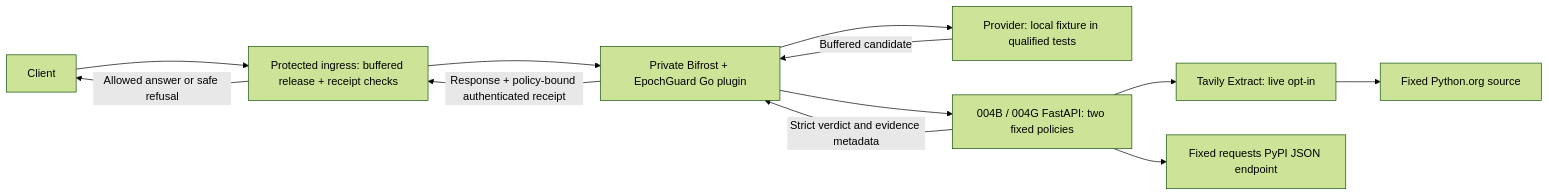
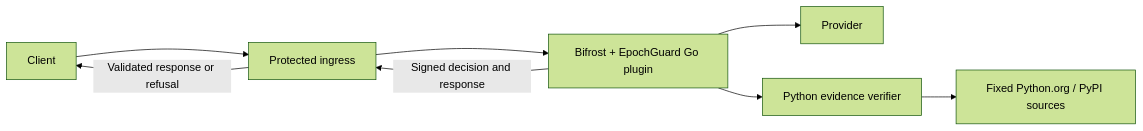
One commit to aditya6927/epochguard changed the diagram in README.md. Above: the diagram before and after it, drawn with Mermaid (forest theme). The commit also changed other lines of this file and 29 other files, not shown here.

````diff
--- a/README.md
+++ b/README.md
@@ -21,14 +7,10 @@
 ```mermaid
 flowchart LR
-    Client --> Ingress["Protected ingress: buffered release + receipt checks"]
-    Ingress --> Gateway["Private Bifrost + EpochGuard Go plugin"]
-    Gateway --> Provider["Provider: local fixture in qualified tests"]
-    Provider -->|Buffered candidate| Gateway
-    Gateway --> Verifier["004B / 004G FastAPI: two fixed policies"]
-    Verifier --> Tavily["Tavily Extract: live opt-in"]
-    Tavily --> Source["Fixed Python.org source"]
-    Verifier --> PyPI["Fixed requests PyPI JSON endpoint"]
-    Verifier -->|Strict verdict and evidence metadata| Gateway
-    Gateway -->|Response + policy-bound authenticated receipt| Ingress
-    Ingress -->|Allowed answer or safe refusal| Client
+    C[Client] --> I[Protected ingress]
+    I --> B[Bifrost + EpochGuard Go plugin]
+    B --> P[Provider]
+    B --> V[Python evidence verifier]
+    V --> S[Fixed Python.org / PyPI sources]
+    B -->|Signed decision and response| I
+    I -->|Validated response or refusal| C
 ```
````
